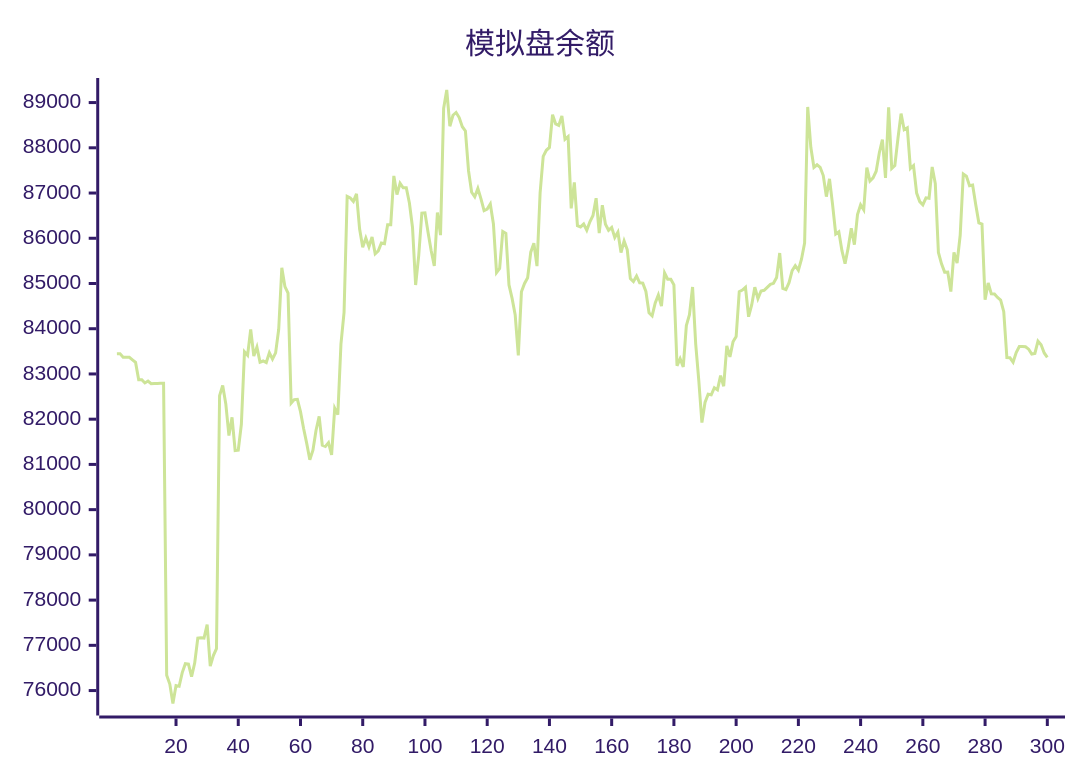
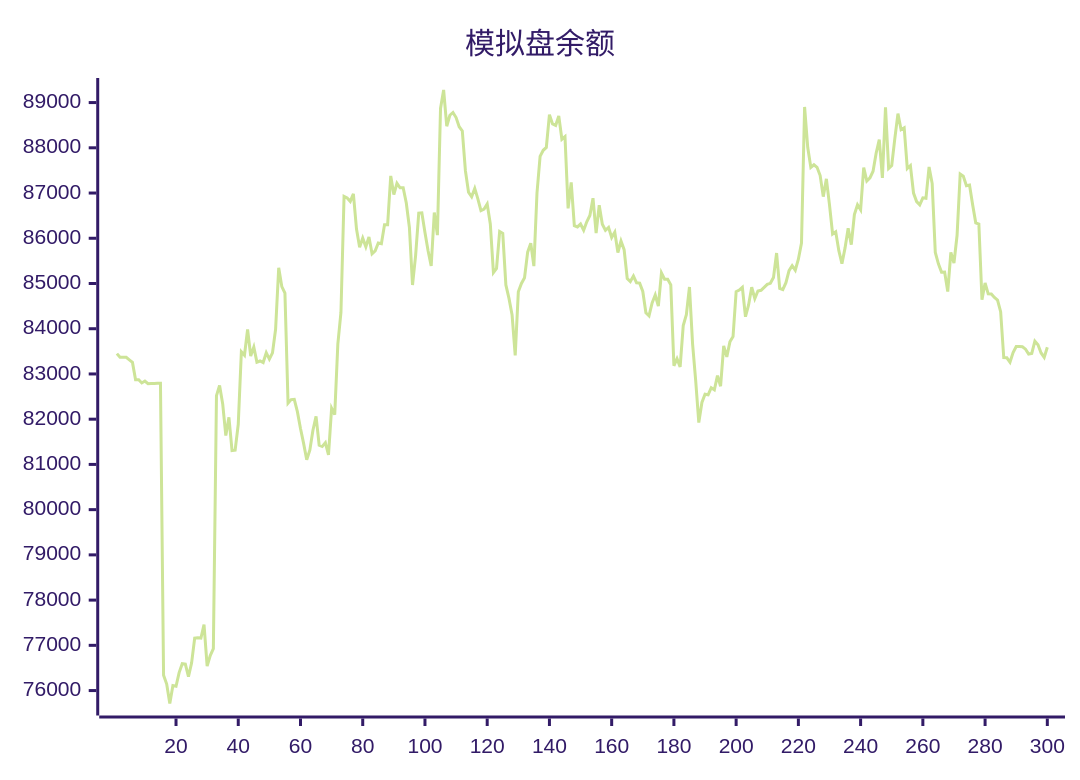
One commit to aahl/ai-trading changed the diagram in README.md. Above: the diagram before and after it, drawn with Mermaid (forest theme). The commit also changed other lines of this file and 1 other file, not shown here.

````diff
--- a/README.md
+++ b/README.md
@@ -5,5 +5,5 @@
 ```mermaid
 xychart
     title "模拟盘余额"
-    line [83448,83449,83369,83369,83369,83313,83256,82872,82873,82801,82844,82785,82791,82791,82793,82794,76339,76145,75714,76110,76096,76397,76594,76585,76310,76607,77160,77170,77160,77456,76541,76774,76927,82520,82744,82337,81639,82040,81307,81314,81887,83490,83414,83984,83396,83594,83261,83287,83253,83470,83327,83465,83987,85348,84930,84786,82355,82433,82438,82167,81795,81466,81105,81315,81756,82064,81426,81398,81481,81210,82242,82099,83658,84359,86925,86892,86814,86980,86203,85802,86003,85811,86028,85657,85721,85896,85880,86300,86299,87378,86965,87214,87115,87118,86780,86238,84966,85623,86555,86562,86129,85722,85387,86569,86070,88870,89278,88477,88720,88781,88668,88467,88372,87493,87018,86917,87102,86870,86613,86644,86758,86317,85242,85334,86149,86106,84968,84671,84302,83410,84816,85001,85127,85693,85891,85384,87001,87811,87945,88007,88734,88528,88495,88705,88189,88248,86662,87234,86279,86251,86314,86177,86364,86503,86886,86114,86731,86310,86176,86240,86017,86136,85685,85938,85749,85111,85044,85164,85016,85008,84824,84354,84287,84572,84745,84500,85234,85096,85095,84970,83180,83338,83157,84070,84309,84922,83667,82850,81924,82369,82552,82539,82695,82648,82962,82728,83619,83378,83710,83825,84819,84854,84917,84265,84527,84919,84668,84834,84850,84916,84981,85004,85131,85674,84891,84864,85019,85284,85393,85294,85538,85894,88904,88012,87567,87625,87568,87386,86920,87313,86737,86094,86143,85725,85437,85787,86219,85859,86526,86740,86630,87563,87264,87335,87483,87886,88180,87335,88894,87544,87608,88207,88755,88401,88444,87543,87608,87000,86810,86740,86894,86884,87576,87209,85686,85435,85251,85255,84820,85689,85453,86066,87420,87373,87161,87178,86740,86341,86315,84643,85012,84772,84768,84690,84635,84376,83360,83357,83259,83474,83608,83606,83602,83548,83440,83454,83724,83644,83464,83365]
+    line [83449,83369,83369,83369,83313,83256,82872,82873,82801,82844,82785,82791,82791,82793,82794,76339,76145,75714,76110,76096,76397,76594,76585,76310,76607,77160,77170,77160,77456,76541,76774,76927,82520,82744,82337,81639,82040,81307,81314,81887,83490,83414,83984,83396,83594,83261,83287,83253,83470,83327,83465,83987,85348,84930,84786,82355,82433,82438,82167,81795,81466,81105,81315,81756,82064,81426,81398,81481,81210,82242,82099,83658,84359,86925,86892,86814,86980,86203,85802,86003,85811,86028,85657,85721,85896,85880,86300,86299,87378,86965,87214,87115,87118,86780,86238,84966,85623,86555,86562,86129,85722,85387,86569,86070,88870,89278,88477,88720,88781,88668,88467,88372,87493,87018,86917,87102,86870,86613,86644,86758,86317,85242,85334,86149,86106,84968,84671,84302,83410,84816,85001,85127,85693,85891,85384,87001,87811,87945,88007,88734,88528,88495,88705,88189,88248,86662,87234,86279,86251,86314,86177,86364,86503,86886,86114,86731,86310,86176,86240,86017,86136,85685,85938,85749,85111,85044,85164,85016,85008,84824,84354,84287,84572,84745,84500,85234,85096,85095,84970,83180,83338,83157,84070,84309,84922,83667,82850,81924,82369,82552,82539,82695,82648,82962,82728,83619,83378,83710,83825,84819,84854,84917,84265,84527,84919,84668,84834,84850,84916,84981,85004,85131,85674,84891,84864,85019,85284,85393,85294,85538,85894,88904,88012,87567,87625,87568,87386,86920,87313,86737,86094,86143,85725,85437,85787,86219,85859,86526,86740,86630,87563,87264,87335,87483,87886,88180,87335,88894,87544,87608,88207,88755,88401,88444,87543,87608,87000,86810,86740,86894,86884,87576,87209,85686,85435,85251,85255,84820,85689,85453,86066,87420,87373,87161,87178,86740,86341,86315,84643,85012,84772,84768,84690,84635,84376,83360,83357,83259,83474,83608,83606,83602,83548,83440,83454,83724,83644,83464,83365,83590]
 ```
````
